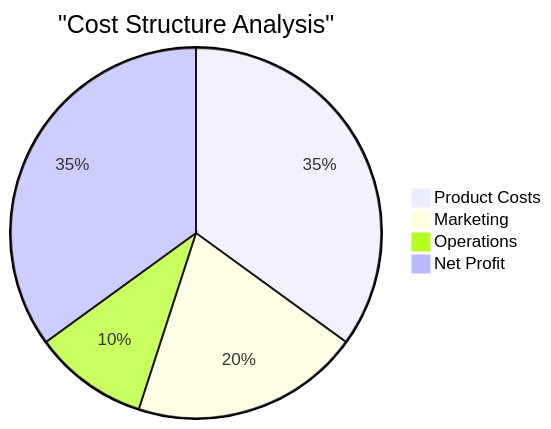
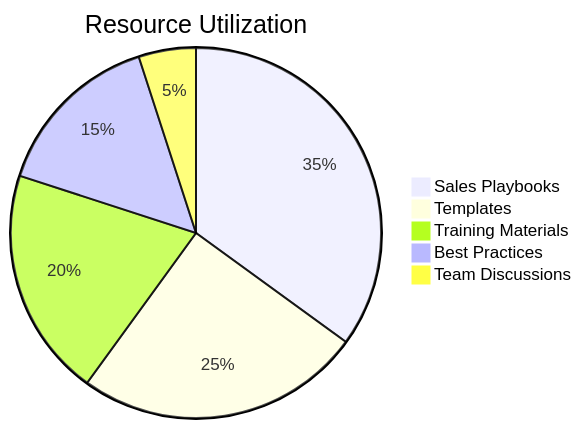
The fifth of 7 diagrams in content/projects/powerbi/Index.md (pavankakarrot/my-portfolio-website), drawn with Mermaid before and after one commit. The commit also changed other lines of this file and 19 other files, not shown here.

````diff
--- a/content/projects/powerbi/Index.md
+++ b/content/projects/powerbi/Index.md
@@ -429,7 +566,8 @@
 ```mermaid
-pie title "Cost Structure Analysis"
-    "Product Costs" : 35
-    "Marketing" : 20
-    "Operations" : 10
-    "Net Profit" : 35
+pie title Resource Utilization
+    "Sales Playbooks" : 35
+    "Templates" : 25
+    "Training Materials" : 20
+    "Best Practices" : 15
+    "Team Discussions" : 5
 ```
````
